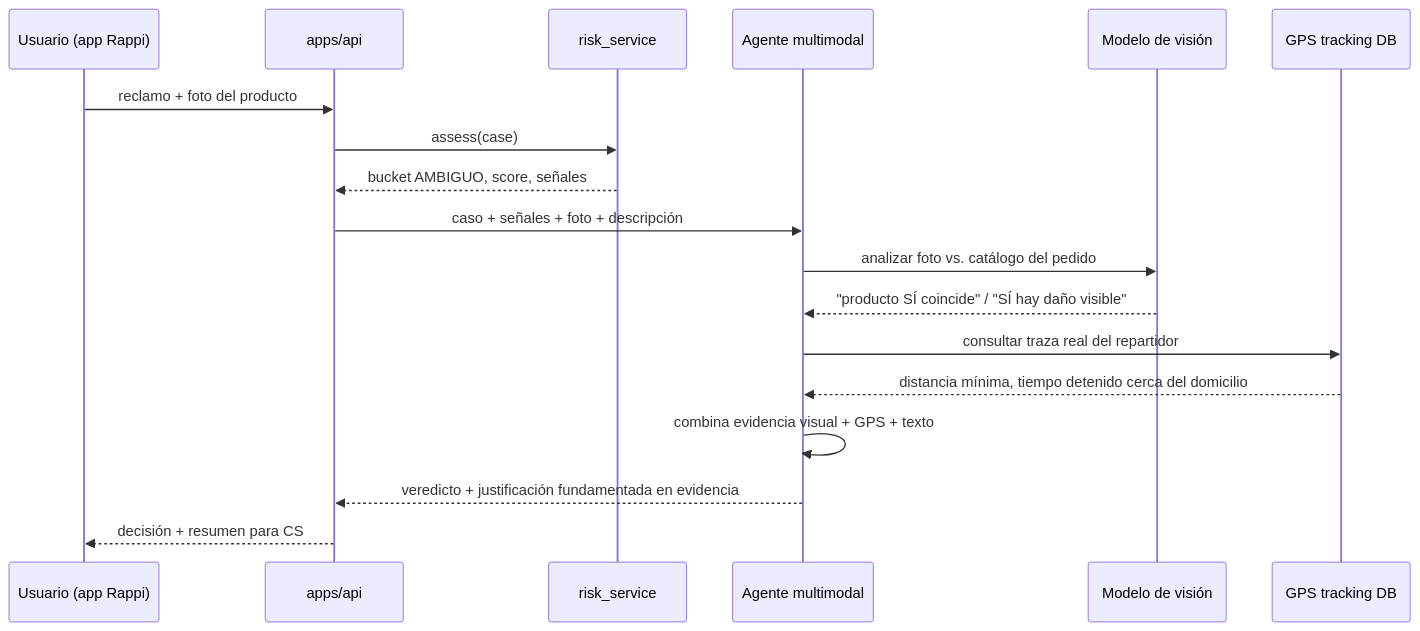
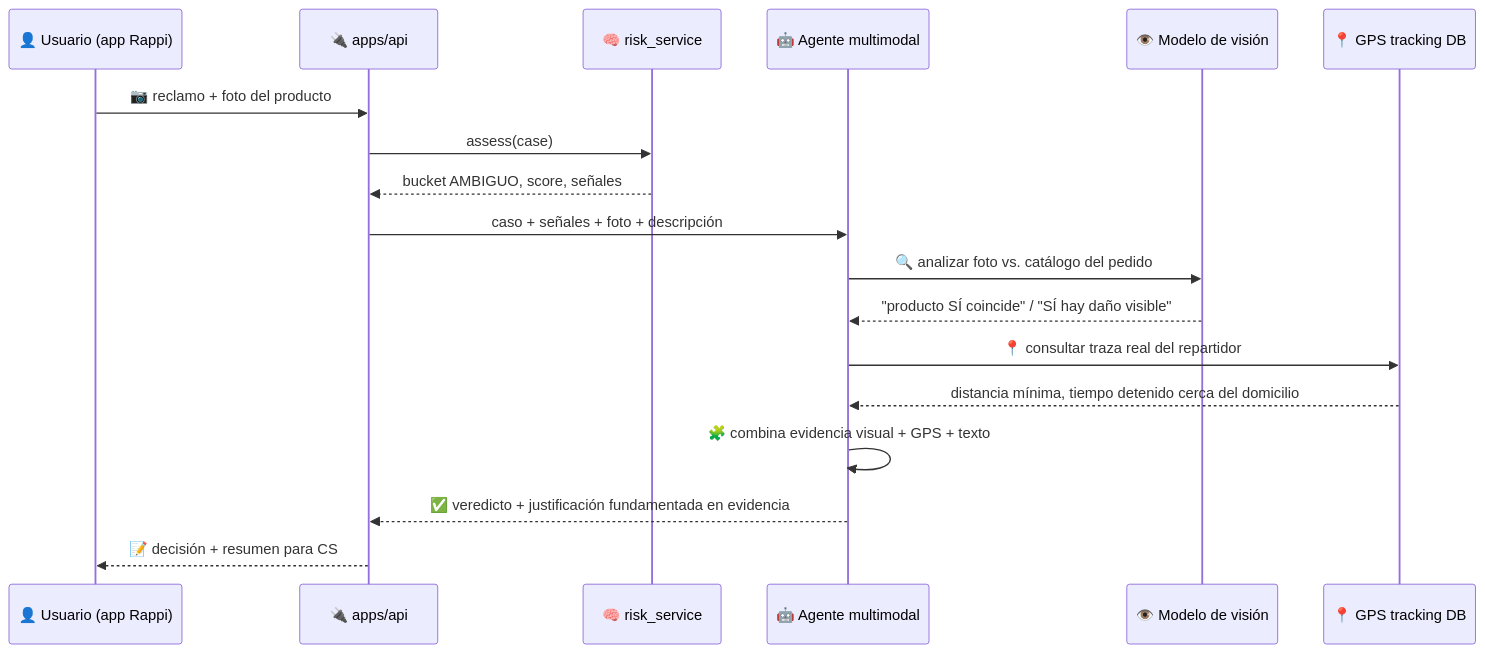
The fourth of 6 diagrams in docs/arquitectura.md (cataia-code/rappi-technical-challenge-case03), drawn with Mermaid before and after one commit. The commit also changed other lines of this file and 2 other files, not shown here.

First line of the commit message:
feat: make escalation diagrams more dynamic with icons and a dedicated image-analysis flow

````diff
--- a/docs/arquitectura.md
+++ b/docs/arquitectura.md
@@ -140,20 +146,20 @@
 ```mermaid
 sequenceDiagram
-    participant U as Usuario (app Rappi)
-    participant API as apps/api
-    participant RS as risk_service
-    participant AG as Agente multimodal
-    participant VIS as Modelo de visión
-    participant GPS as GPS tracking DB
-    U->>API: reclamo + foto del producto
+    participant U as 👤 Usuario (app Rappi)
+    participant API as 🔌 apps/api
+    participant RS as 🧠 risk_service
+    participant AG as 🤖 Agente multimodal
+    participant VIS as 👁️ Modelo de visión
+    participant GPS as 📍 GPS tracking DB
+    U->>API: 📷 reclamo + foto del producto
     API->>RS: assess(case)
     RS-->>API: bucket AMBIGUO, score, señales
     API->>AG: caso + señales + foto + descripción
-    AG->>VIS: analizar foto vs. catálogo del pedido
+    AG->>VIS: 🔍 analizar foto vs. catálogo del pedido
     VIS-->>AG: "producto SÍ coincide" / "SÍ hay daño visible"
-    AG->>GPS: consultar traza real del repartidor
+    AG->>GPS: 📍 consultar traza real del repartidor
     GPS-->>AG: distancia mínima, tiempo detenido cerca del domicilio
-    AG->>AG: combina evidencia visual + GPS + texto
-    AG-->>API: veredicto + justificación fundamentada en evidencia
-    API-->>U: decisión + resumen para CS
+    AG->>AG: 🧩 combina evidencia visual + GPS + texto
+    AG-->>API: ✅ veredicto + justificación fundamentada en evidencia
+    API-->>U: 📝 decisión + resumen para CS
 ```
````
